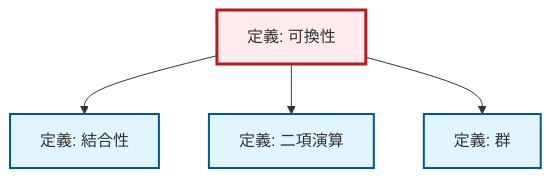
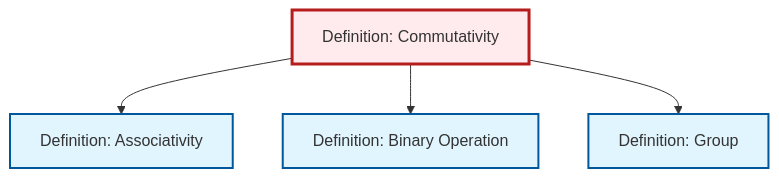
One commit to RK0429/ModernMath changed the diagram in content/ja/algebra/def-commutativity.qmd. Above: the diagram before and after it, drawn with Mermaid. The commit also changed 203 other files, not shown here.

````diff
--- a/content/ja/algebra/def-commutativity.qmd
+++ b/content/ja/algebra/def-commutativity.qmd
@@ -101,21 +101,17 @@
 ```{mermaid}
-%%| fig-cap: "局所依存関係グラフ"
+%%| fig-cap: "Local dependency graph"
 graph TD
     classDef definition fill:#e1f5fe,stroke:#01579b,stroke-width:2px
     classDef theorem fill:#f3e5f5,stroke:#4a148c,stroke-width:2px
     classDef axiom fill:#fff3e0,stroke:#e65100,stroke-width:2px
     classDef example fill:#e8f5e9,stroke:#1b5e20,stroke-width:2px
     classDef current fill:#ffebee,stroke:#b71c1c,stroke-width:3px
-    def-group["定義: 群"]:::definition
-    def-binary-operation["定義: 二項演算"]:::definition
-    def-associativity["定義: 結合性"]:::definition
-    def-commutativity["定義: 可換性"]:::definition
+    def-group["Definition: Group"]:::definition
+    def-binary-operation["Definition: Binary Operation"]:::definition
+    def-associativity["Definition: Associativity"]:::definition
+    def-commutativity["Definition: Commutativity"]:::definition
     def-commutativity --> def-associativity
     def-commutativity --> def-binary-operation
     def-commutativity --> def-group
     class def-commutativity current
-
-    click def-group "def-group.html" "群の定義へ"
-    click def-binary-operation "def-binary-operation.html" "二項演算の定義へ"
-    click def-associativity "def-associativity.html" "結合性の定義へ"
 ```
````
